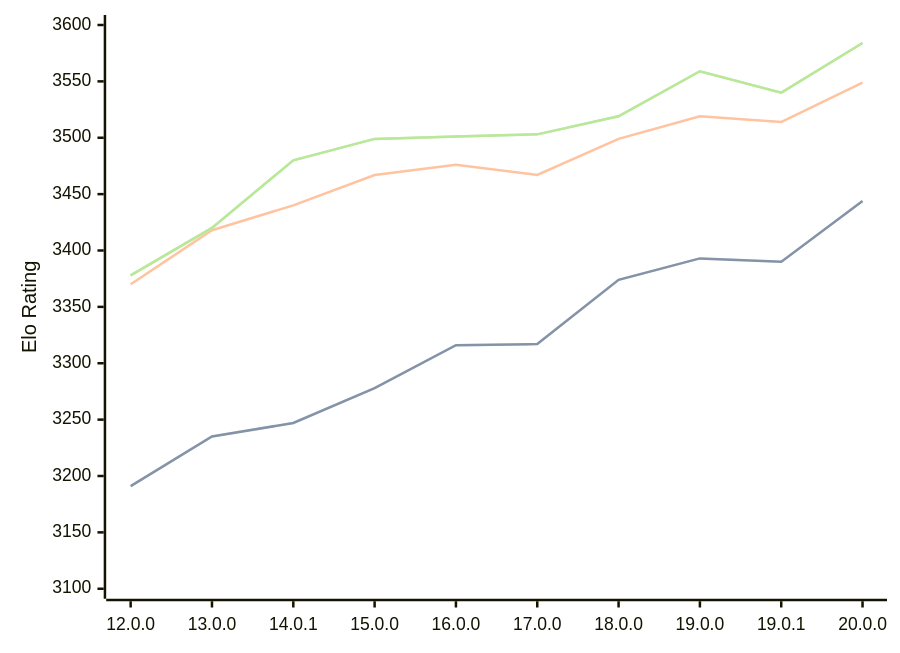
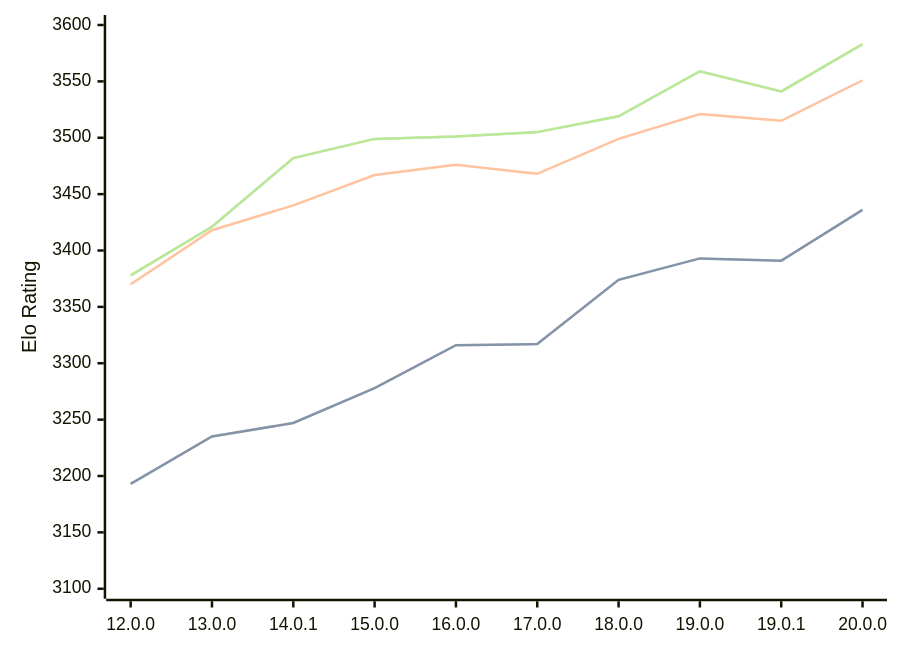
The first of 3 diagrams in engines/Viridithas.md (computer-chess-index/cci), drawn with Mermaid before and after one commit. The commit also changed other lines of this file, not shown here.

Commit message:
Update CCI Ratings (ELO VLTC) - 2026-07-18

````diff
--- a/engines/Viridithas.md
+++ b/engines/Viridithas.md
@@ -64,11 +64,11 @@
 ```mermaid
 %%{init: {"theme":"base","themeVariables":{"seriesColors:['#a3a3a3','#222221','#faa371']}}}%%
 xychart-beta
   x-axis ["12.0.0", "13.0.0", "14.0.1", "15.0.0", "16.0.0", "17.0.0", "18.0.0", "19.0.0", "19.0.1", "20.0.0"]
   y-axis "Elo Rating" 3100 --> 3600
-  line "STC (8.0+0.08s)" [3191, 3235, 3247, 3278, 3316, 3317, 3374, 3393, 3390, 3444]
-  line "STC (8.0+0.08s)" [3191, 3235, 3247, 3278, 3316, 3317, 3374, 3393, 3390, 3444]
-  line "LTC (60.0+0.60s)" [3370, 3418, 3440, 3467, 3476, 3467, 3499, 3519, 3514, 3549]
-  line "VLTC (2m24s+1.12s)" [3378, 3420, 3480, 3499, 3501, 3503, 3519, 3559, 3540, 3584]
-  line "VLTC (2m24s+1.12s)" [3378, 3420, 3480, 3499, 3501, 3503, 3519, 3559, 3540, 3584]
+  line "STC (8.0+0.08s)" [3193, 3235, 3247, 3278, 3316, 3317, 3374, 3393, 3391, 3436]
+  line "STC (8.0+0.08s)" [3193, 3235, 3247, 3278, 3316, 3317, 3374, 3393, 3391, 3436]
+  line "LTC (60.0+0.60s)" [3370, 3418, 3440, 3467, 3476, 3468, 3499, 3521, 3515, 3551]
+  line "VLTC (2m24s+1.12s)" [3378, 3421, 3482, 3499, 3501, 3505, 3519, 3559, 3541, 3583]
+  line "VLTC (2m24s+1.12s)" [3378, 3421, 3482, 3499, 3501, 3505, 3519, 3559, 3541, 3583]
 ```
````
